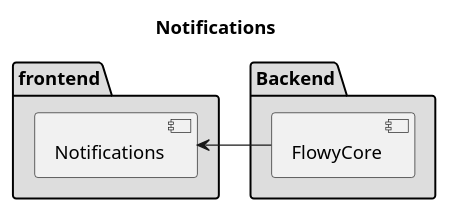
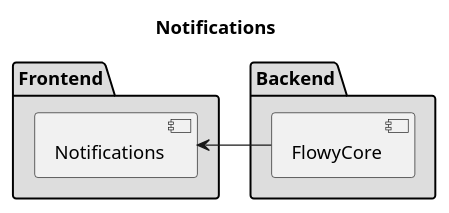
One commit to AppFlowy-IO/AppFlowy-Docs changed the second of 2 diagrams in uml/rust_classes/inter_process_commuciate.plantuml. Above: the diagram before and after it, drawn with PlantUML. The commit also changed other lines of this file and 2 other files, not shown here.

Commit message:
chore: update diagrams

```diff
--- a/uml/rust_classes/inter_process_commuciate.plantuml
+++ b/uml/rust_classes/inter_process_commuciate.plantuml
@@ -32,13 +15,13 @@
 @startuml
 title Notifications
 
-package "frontend" #DDDDDD {
+package "Frontend" #DDDDDD {
     component Notifications
 }
 
 package "Backend" #DDDDDD {
     component FlowyCore
 }
 
 Notifications <-r- FlowyCore
 @enduml
```
